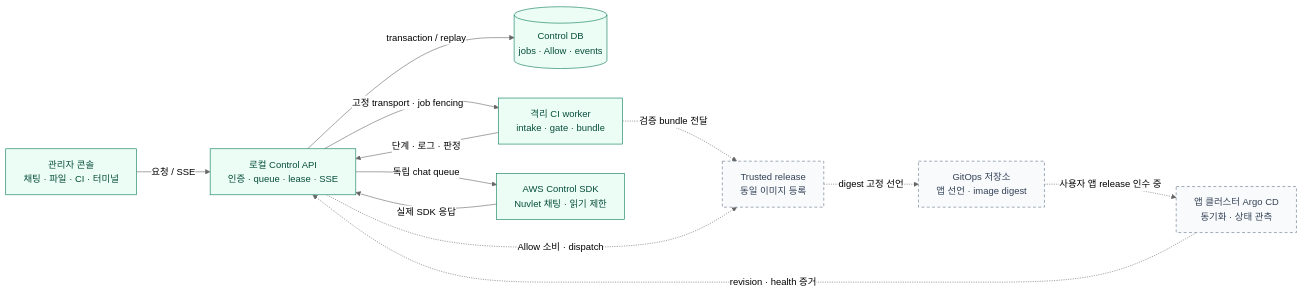
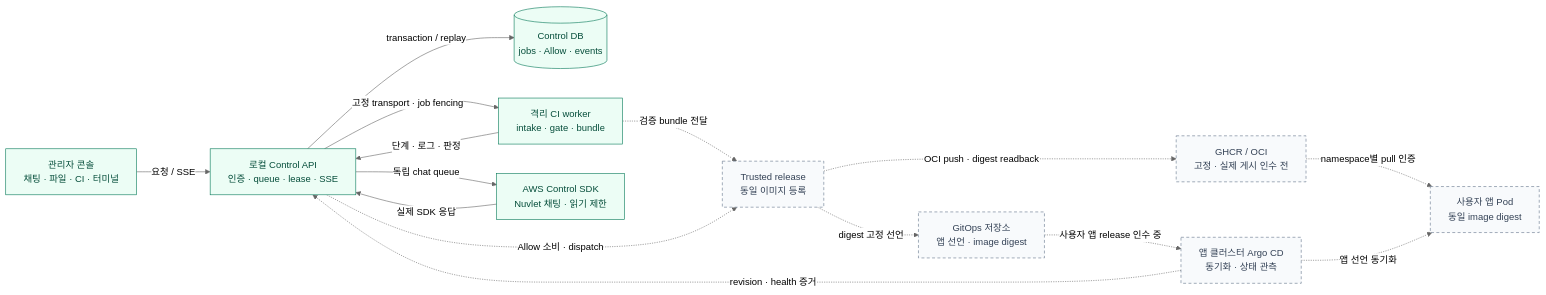
Before and after one commit to Jasmin-Softbank/Jasmin: the first of 2 diagrams in README.md, drawn with Mermaid (neutral theme). The commit also changed other lines of this file and 33 other files, not shown here.

Commit message:
feat: bind release approvals and GHCR image policies to runtime evidence

````diff
--- a/README.md
+++ b/README.md
@@ -26,28 +28,33 @@
 ```mermaid
 flowchart LR
   UI["관리자 콘솔<br/>채팅 · 파일 · CI · 터미널"]
   API["로컬 Control API<br/>인증 · queue · lease · SSE"]
   DB[("Control DB<br/>jobs · Allow · events")]
   CI["격리 CI worker<br/>intake · gate · bundle"]
   SDK["AWS Control SDK<br/>Nuvlet 채팅 · 읽기 제한"]
   REL["Trusted release<br/>동일 이미지 등록"]
+  REG["GHCR / OCI<br/>고정 · 실제 게시 인수 전"]
   GIT["GitOps 저장소<br/>앱 선언 · image digest"]
   ARGO["앱 클러스터 Argo CD<br/>동기화 · 상태 관측"]
+  APP["사용자 앱 Pod<br/>동일 image digest"]
 
   UI -->|"요청 / SSE"| API
   API -->|"transaction / replay"| DB
   API -->|"고정 transport · job fencing"| CI
   CI -->|"단계 · 로그 · 판정"| API
   API -->|"독립 chat queue"| SDK
   SDK -->|"실제 SDK 응답"| API
   CI -. "검증 bundle 전달" .-> REL
   API -. "Allow 소비 · dispatch" .-> REL
+  REL -. "OCI push · digest readback" .-> REG
+  REG -. "namespace별 pull 인증" .-> APP
   REL -. "digest 고정 선언" .-> GIT
   GIT -. "사용자 앱 release 인수 중" .-> ARGO
+  ARGO -. "앱 선언 동기화" .-> APP
   ARGO -. "revision · health 증거" .-> API
 
   classDef active fill:#ecfdf5,stroke:#047857,color:#064e3b
   classDef pending fill:#f8fafc,stroke:#64748b,color:#334155,stroke-dasharray:5 4
   class UI,API,DB,CI,SDK active
-  class REL,GIT,ARGO pending
+  class REL,REG,GIT,ARGO,APP pending
 ```
````
